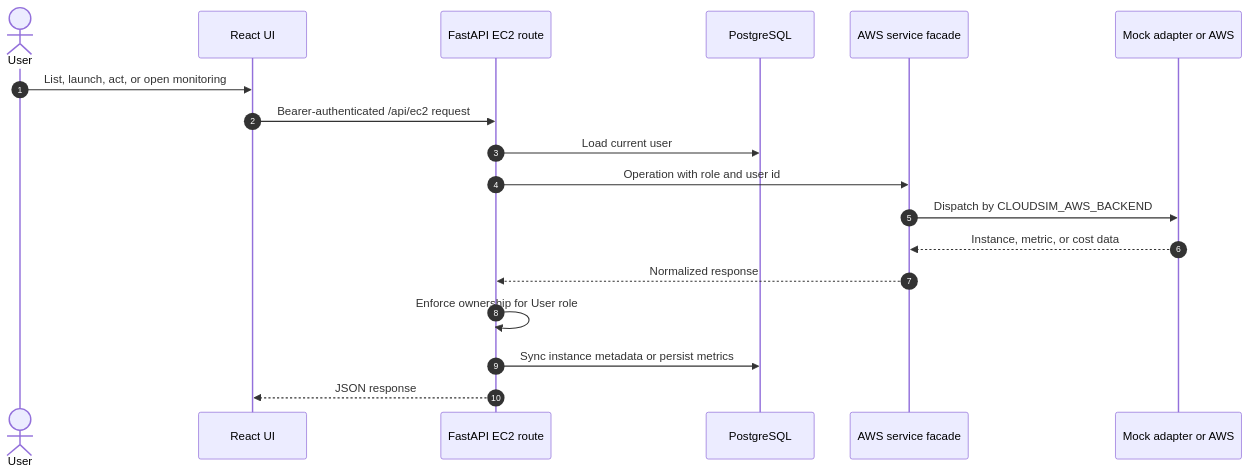
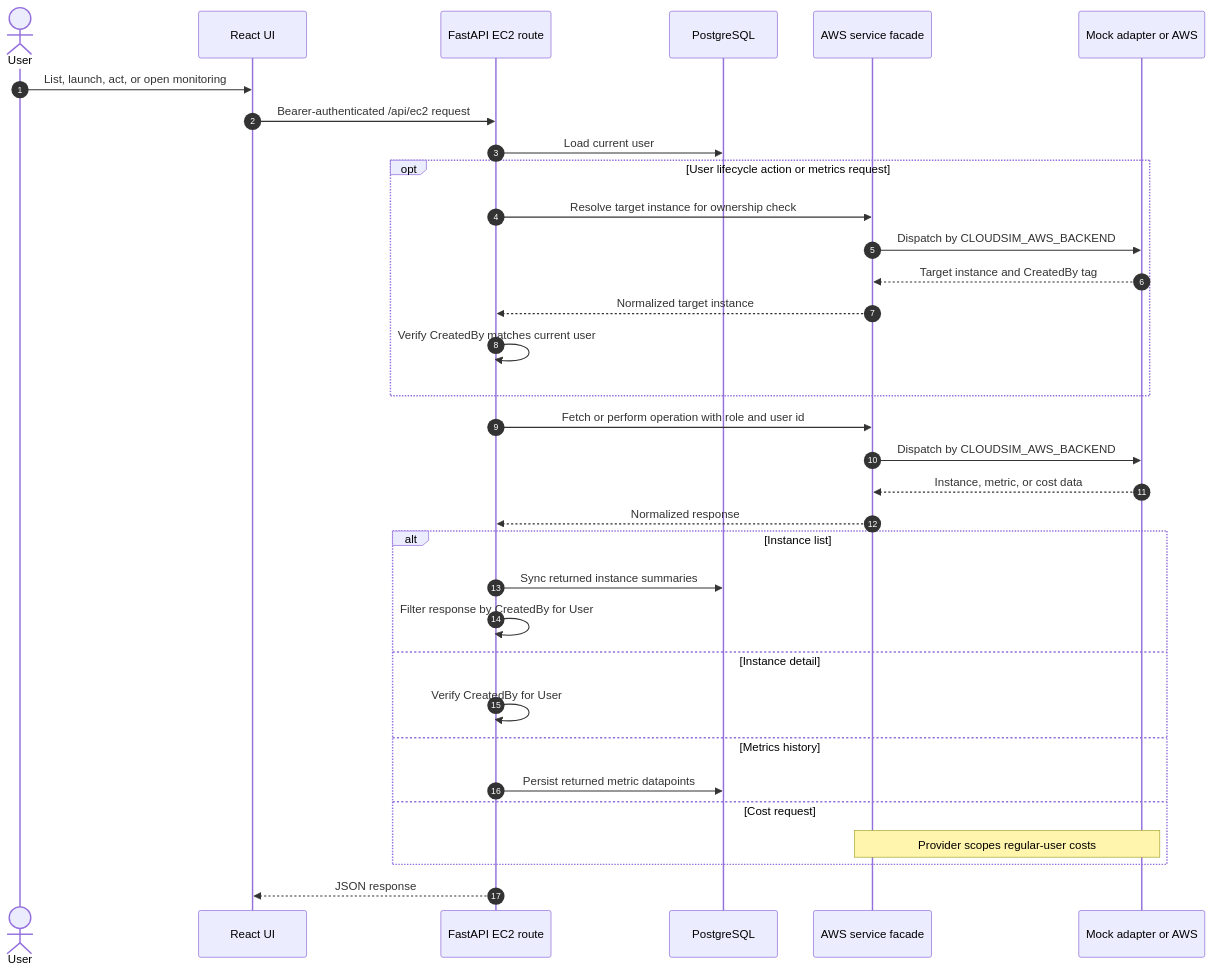
Before and after one commit to tccao/CloudSim: the third of 3 diagrams in docs/Architecture_Diagram.md, drawn with Mermaid. The commit also changed other lines of this file and 1 other file, not shown here.

Commit message:
docs(walkthrough): Enhance clarity on user registration, JWT handling, and data ownership in the demo guide

````diff
--- a/docs/Architecture_Diagram.md
+++ b/docs/Architecture_Diagram.md
@@ -115,21 +121,36 @@
 ```mermaid
 sequenceDiagram
     autonumber
     actor User
     participant UI as React UI
     participant Route as FastAPI EC2 route
     participant DB as PostgreSQL
     participant Facade as AWS service facade
     participant Provider as Mock adapter or AWS
 
     User->>UI: List, launch, act, or open monitoring
     UI->>Route: Bearer-authenticated /api/ec2 request
     Route->>DB: Load current user
-    Route->>Facade: Operation with role and user id
+    opt User lifecycle action or metrics request
+        Route->>Facade: Resolve target instance for ownership check
+        Facade->>Provider: Dispatch by CLOUDSIM_AWS_BACKEND
+        Provider-->>Facade: Target instance and CreatedBy tag
+        Facade-->>Route: Normalized target instance
+        Route->>Route: Verify CreatedBy matches current user
+    end
+    Route->>Facade: Fetch or perform operation with role and user id
     Facade->>Provider: Dispatch by CLOUDSIM_AWS_BACKEND
     Provider-->>Facade: Instance, metric, or cost data
     Facade-->>Route: Normalized response
-    Route->>Route: Enforce ownership for User role
-    Route->>DB: Sync instance metadata or persist metrics
+    alt Instance list
+        Route->>DB: Sync returned instance summaries
+        Route->>Route: Filter response by CreatedBy for User
+    else Instance detail
+        Route->>Route: Verify CreatedBy for User
+    else Metrics history
+        Route->>DB: Persist returned metric datapoints
+    else Cost request
+        Note over Facade,Provider: Provider scopes regular-user costs
+    end
     Route-->>UI: JSON response
 ```
````
